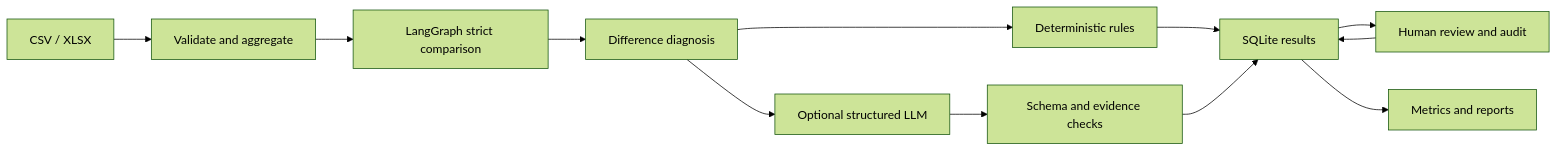
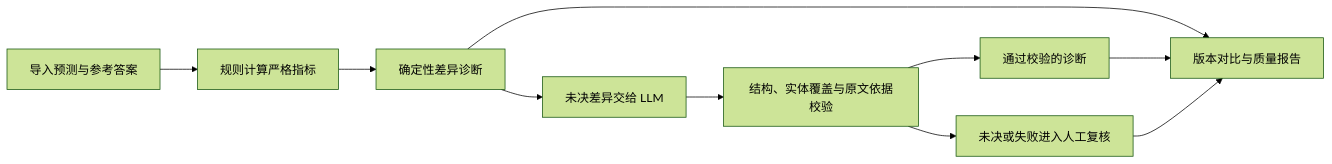
The diagram in README.md (wd-1-48/evalpilot), drawn with Mermaid (forest theme) before and after one commit. The commit also changed other lines of this file and 5 other files, not shown here.

````diff
--- a/README.md
+++ b/README.md
@@ -65,14 +15,12 @@
 ```mermaid
 flowchart LR
-    A[CSV / XLSX] --> B[Validate and aggregate]
-    B --> C[LangGraph strict comparison]
-    C --> D[Difference diagnosis]
-    D --> E[Deterministic rules]
-    D --> F[Optional structured LLM]
-    F --> G[Schema and evidence checks]
-    E --> H[SQLite results]
+    A[导入预测与参考答案] --> B[规则计算严格指标]
+    B --> C[确定性差异诊断]
+    C --> D[未决差异交给 LLM]
+    D --> E[结构、实体覆盖与原文依据校验]
+    E --> F[通过校验的诊断]
+    E --> G[未决或失败进入人工复核]
+    C --> H[版本对比与质量报告]
+    F --> H
     G --> H
-    H --> I[Human review and audit]
-    I --> H
-    H --> J[Metrics and reports]
 ```
````
